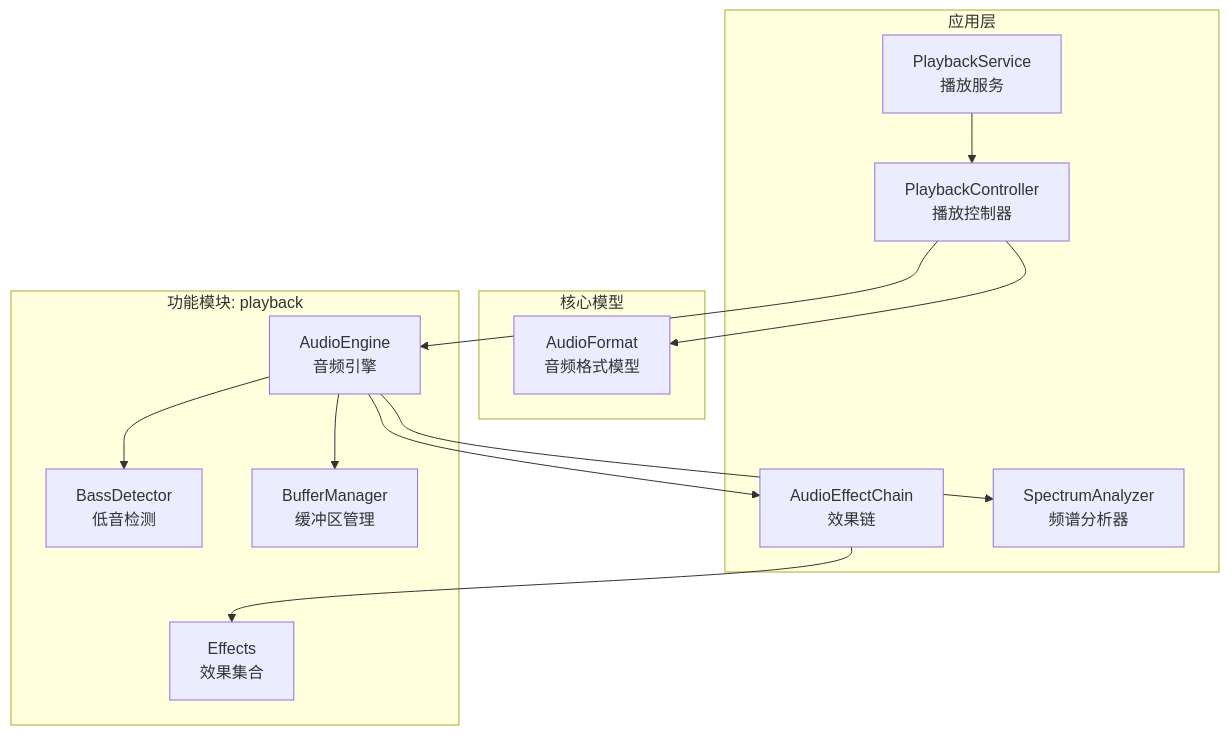
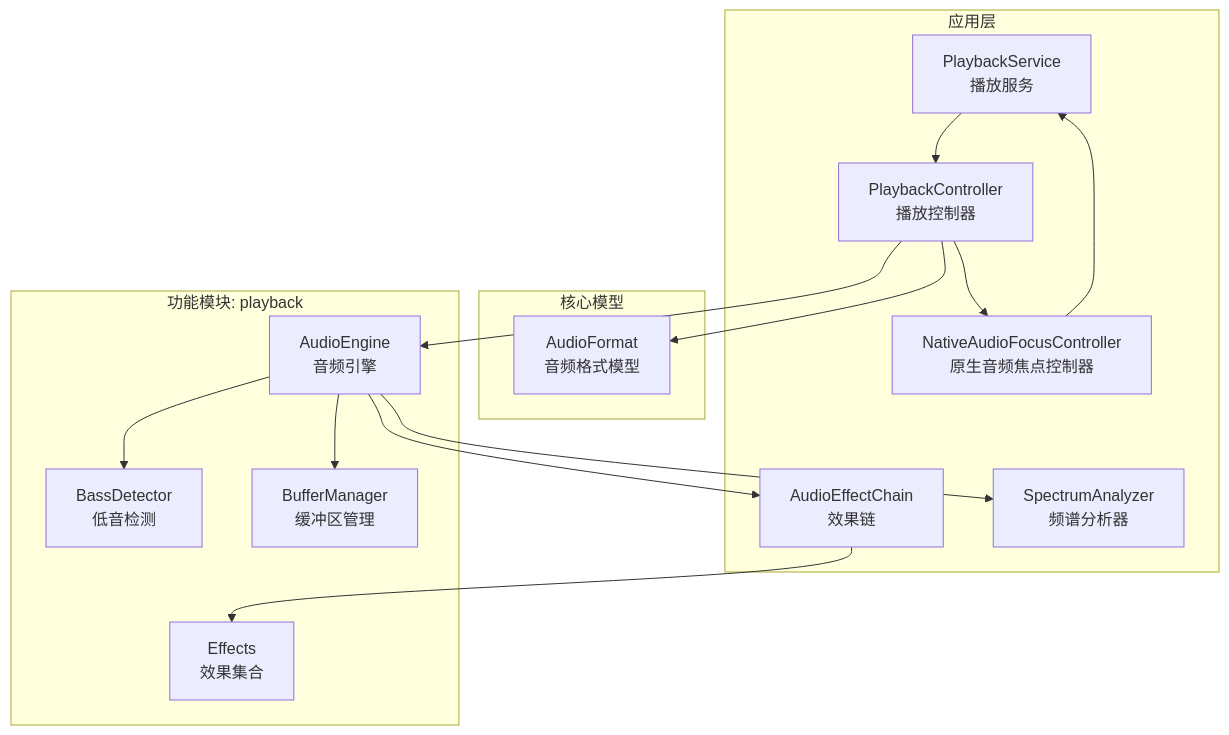
One commit to ysyhlly/Yukine-android changed the first of 10 diagrams in .qoder/repowiki/zh/content/播放系统/音频处理管道.md. Above: the diagram before and after it, drawn with Mermaid. The commit also changed other lines of this file and 254 other files, not shown here.

````diff
--- a/.qoder/repowiki/zh/content/播放系统/音频处理管道.md
+++ b/.qoder/repowiki/zh/content/播放系统/音频处理管道.md
@@ -329,26 +335,29 @@
 ```mermaid
 graph TB
 subgraph "应用层"
 PS["PlaybackService<br/>播放服务"]
 PC["PlaybackController<br/>播放控制器"]
 AEC["AudioEffectChain<br/>效果链"]
 SA["SpectrumAnalyzer<br/>频谱分析器"]
+NAFC["NativeAudioFocusController<br/>原生音频焦点控制器"]
 end
 subgraph "核心模型"
 AF["AudioFormat<br/>音频格式模型"]
 end
 subgraph "功能模块: playback"
 AE["AudioEngine<br/>音频引擎"]
 BD["BassDetector<br/>低音检测"]
 BM["BufferManager<br/>缓冲区管理"]
 FX["Effects<br/>效果集合"]
 end
 PS --> PC
 PC --> AE
 AE --> AEC
 AEC --> FX
 AE --> SA
 AE --> BD
 AE --> BM
 PC --> AF
+PC --> NAFC
+NAFC --> PS
 ```
````
